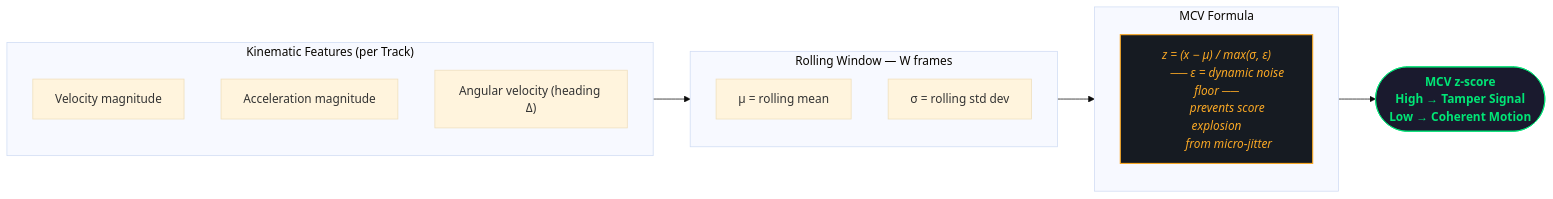
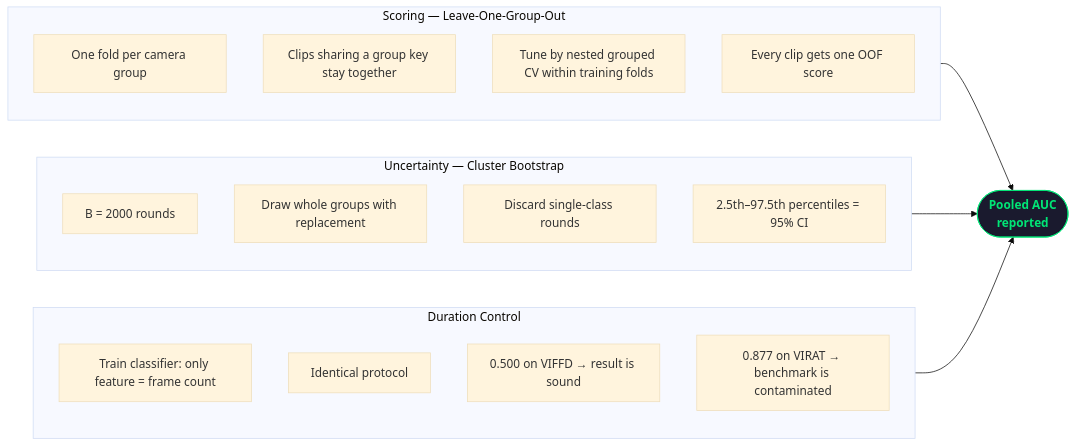
The second of 3 diagrams in README.md (yashwanth-maram/CoheRex_), drawn with Mermaid (base theme) before and after one commit. The commit also changed other lines of this file, not shown here.

````diff
--- a/README.md
+++ b/README.md
@@ -246,31 +221,32 @@
 ```mermaid
 flowchart LR
-    subgraph KF["  Kinematic Features (per Track)  "]
+    subgraph S["  Scoring — Leave-One-Group-Out  "]
         direction TB
-        f1["Velocity magnitude"]
-        f2["Acceleration magnitude"]
-        f3["Angular velocity (heading Δ)"]
+        s1["One fold per camera group"]
+        s2["Clips sharing a group key stay together"]
+        s3["Tune by nested grouped CV within training folds"]
+        s4["Every clip gets one OOF score"]
     end
 
-    subgraph RW["  Rolling Window — W frames  "]
+    subgraph U["  Uncertainty — Cluster Bootstrap  "]
         direction TB
-        mu["μ = rolling mean"]
-        sigma["σ = rolling std dev"]
+        u1["B = 2000 rounds"]
+        u2["Draw whole groups with replacement"]
+        u3["Discard single-class rounds"]
+        u4["2.5th–97.5th percentiles = 95% CI"]
     end
 
-    subgraph MCV["  MCV Formula  "]
-        formula["z = (x − μ) / max(σ, ε)
-        ── ε = dynamic noise floor ──
-        prevents score explosion
-        from micro-jitter"]:::formula
+    subgraph D["  Duration Control  "]
+        direction TB
+        d1["Train classifier: only feature = frame count"]
+        d2["Identical protocol"]
+        d3["0.500 on VIFFD → result is sound"]
+        d4["0.877 on VIRAT → benchmark is contaminated"]
     end
 
-    out(["MCV z-score
-    High → Tamper Signal
-    Low → Coherent Motion"]):::verdict
+    S --> R(["Pooled AUC\nreported"]):::verdict
+    U --> R
+    D --> R
 
-    KF --> RW --> MCV --> out
-
-    classDef formula fill:#161b22,stroke:#f9a825,color:#f9a825,stroke-width:1.5px,font-style:italic
     classDef verdict fill:#1a1a2e,stroke:#00e676,color:#00e676,font-weight:bold
 ```
````
